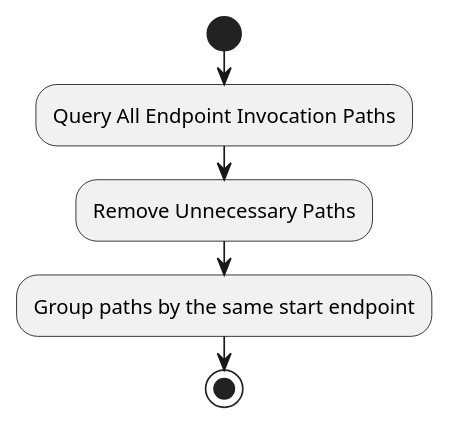
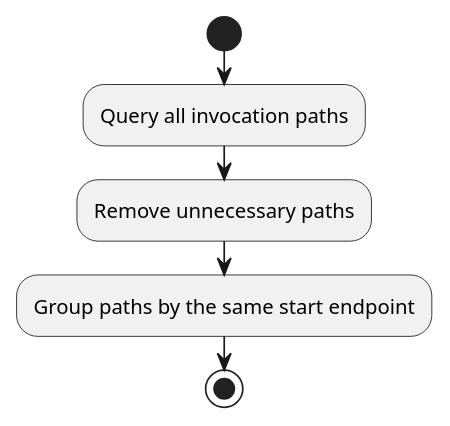
The diagram in diagram/findInvocationChain.puml (b4456609/mgp-back), drawn with PlantUML before and after one commit.

```diff
--- a/diagram/findInvocationChain.puml
+++ b/diagram/findInvocationChain.puml
@@ -1,7 +1,7 @@
 @startuml
 start
-:Query All Endpoint Invocation Paths;
-:Remove Unnecessary Paths;
+:Query all invocation paths;
+:Remove unnecessary paths;
 :Group paths by the same start endpoint;
 stop
 @enduml
```
